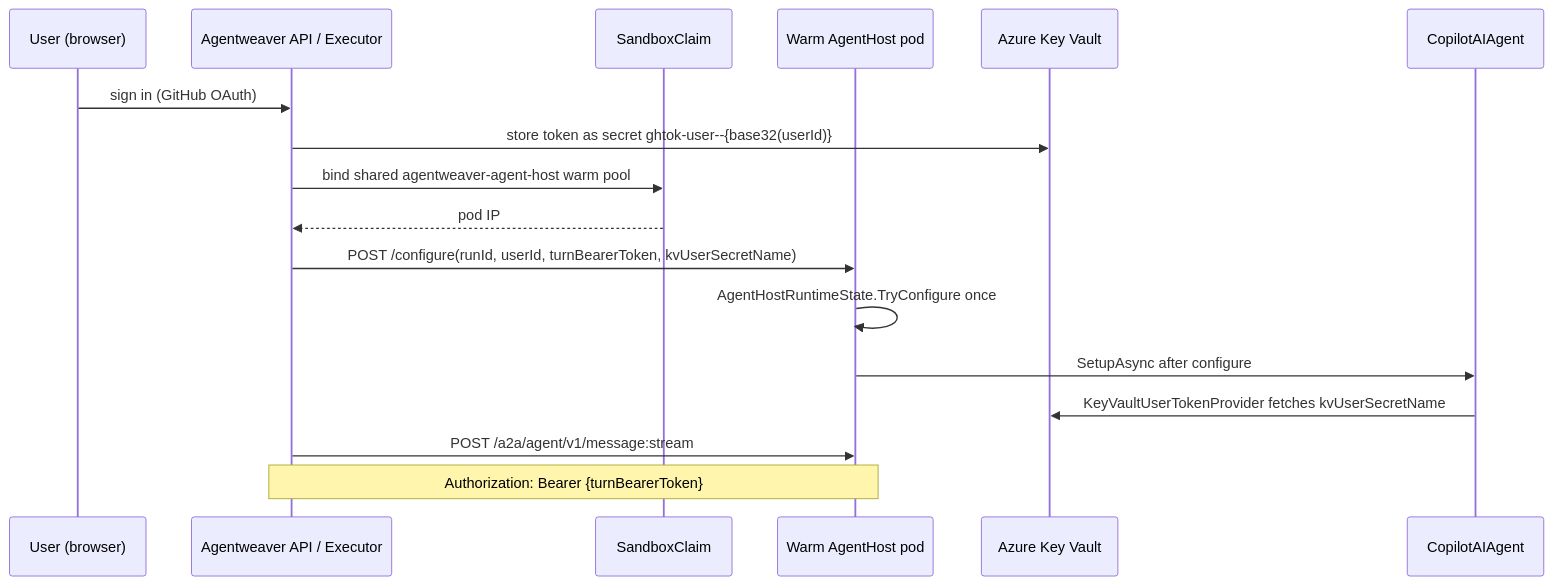
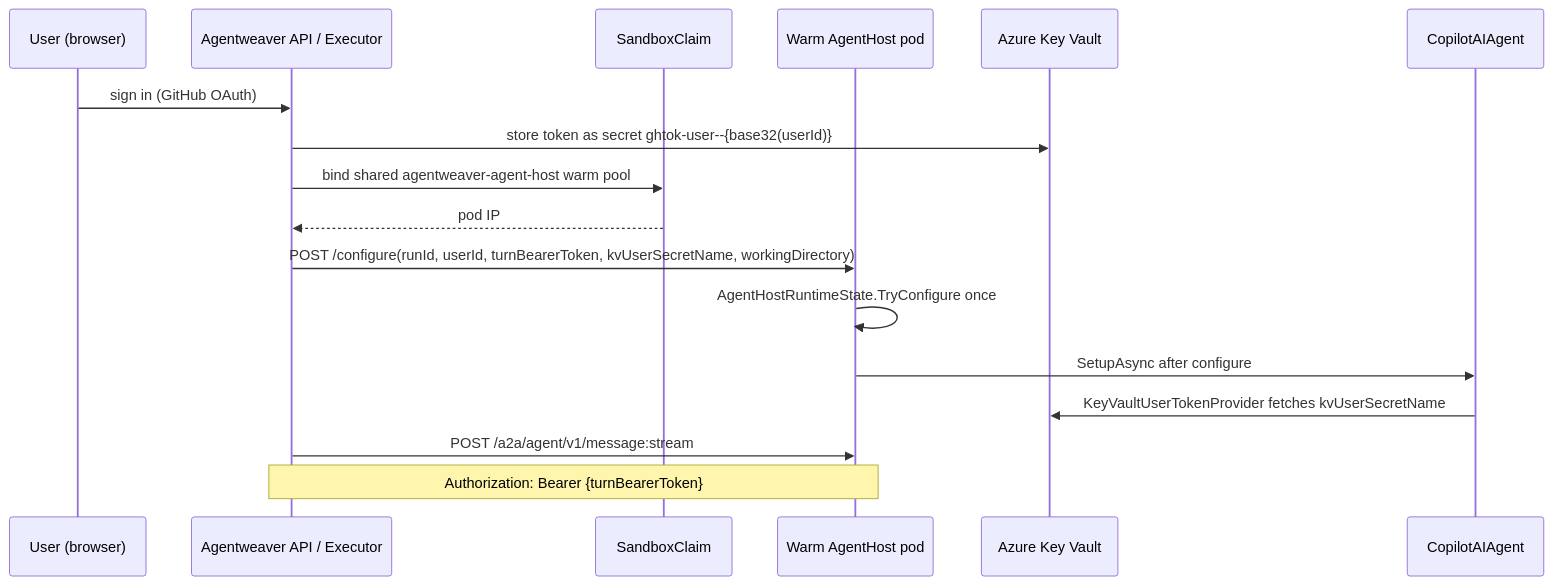
The seventh of 7 diagrams in docs/deep-dive/auth-security.md (sabbour/agentweaver), drawn with Mermaid before and after one commit. The commit also changed other lines of this file and 7 other files, not shown here.

Commit message:
docs: document per-run workingDirectory delivery via /configure

````diff
--- a/docs/deep-dive/auth-security.md
+++ b/docs/deep-dive/auth-security.md
@@ -634,20 +634,20 @@
 ```mermaid
 sequenceDiagram
     participant User as User (browser)
     participant API as Agentweaver API / Executor
     participant Claim as SandboxClaim
     participant Pod as Warm AgentHost pod
     participant KV as Azure Key Vault
     participant Agent as CopilotAIAgent
 
     User->>API: sign in (GitHub OAuth)
     API->>KV: store token as secret ghtok-user--{base32(userId)}
     API->>Claim: bind shared agentweaver-agent-host warm pool
     Claim-->>API: pod IP
-    API->>Pod: POST /configure(runId, userId, turnBearerToken, kvUserSecretName)
+    API->>Pod: POST /configure(runId, userId, turnBearerToken, kvUserSecretName, workingDirectory)
     Pod->>Pod: AgentHostRuntimeState.TryConfigure once
     Pod->>Agent: SetupAsync after configure
     Agent->>KV: KeyVaultUserTokenProvider fetches kvUserSecretName
     API->>Pod: POST /a2a/agent/v1/message:stream
     Note over API,Pod: Authorization: Bearer {turnBearerToken}
 ```
````
